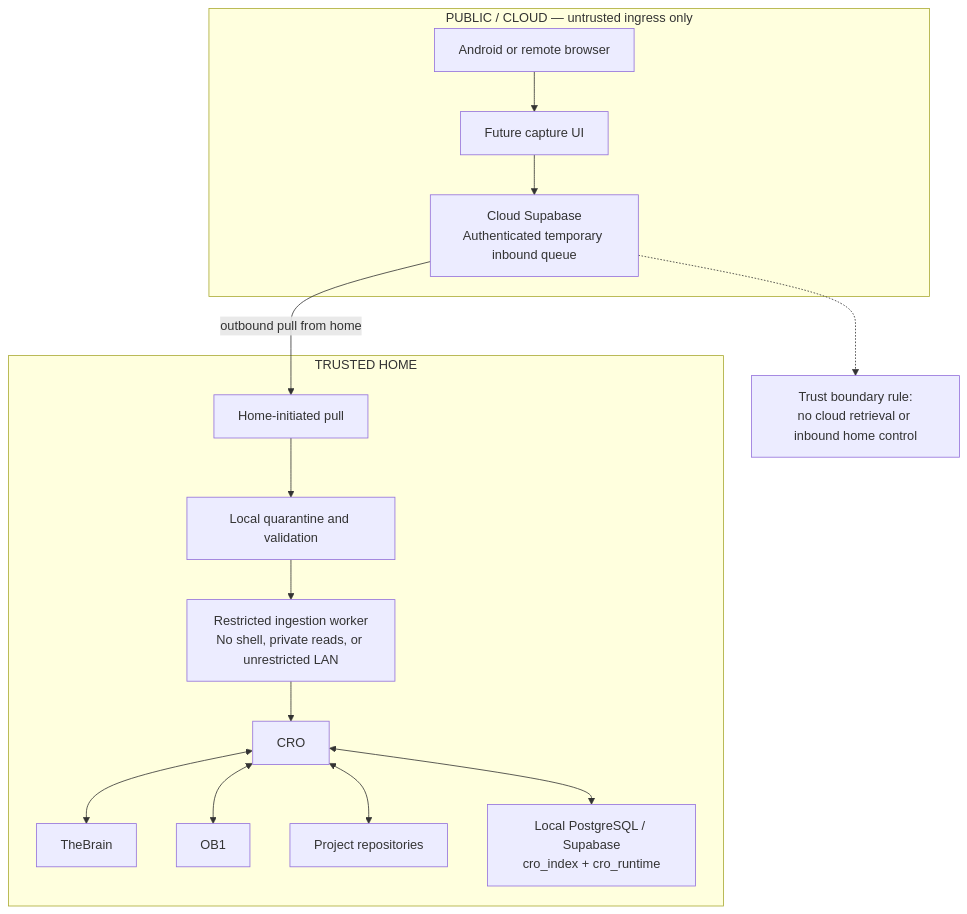
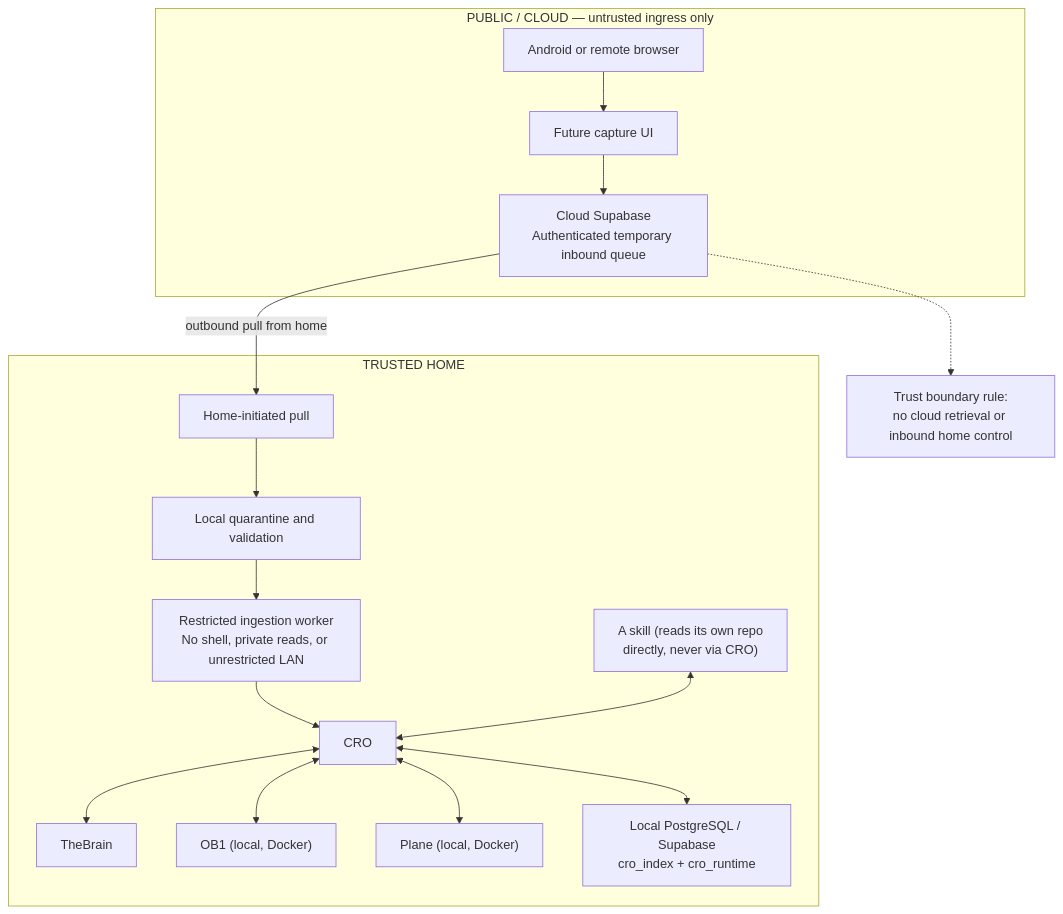
Before and after one commit to KeithBarrows/Cognitive-Research-Orchestrator: the diagram in docs/architecture/06-local-first-boundary.mmd, drawn with Mermaid. The commit also changed 20 other files, not shown here.

First line of the commit message:
📐 Enforce no-direct-repo-read rule across architecture docs; add dev overview

```diff
--- a/docs/architecture/06-local-first-boundary.mmd
+++ b/docs/architecture/06-local-first-boundary.mmd
@@ -1,19 +1,20 @@
 flowchart TB
     subgraph PUBLIC["PUBLIC / CLOUD — untrusted ingress only"]
         M["Android or remote browser"] --> U["Future capture UI"]
         U --> Q["Cloud Supabase<br/>Authenticated temporary inbound queue"]
     end
 
     subgraph HOME["TRUSTED HOME"]
         P["Home-initiated pull"] --> Z["Local quarantine and validation"]
         Z --> W["Restricted ingestion worker<br/>No shell, private reads, or unrestricted LAN"]
         W --> C["CRO"]
         C <--> T["TheBrain"]
-        C <--> O["OB1"]
-        C <--> R["Project repositories"]
+        C <--> O["OB1 (local, Docker)"]
+        C <--> PL["Plane (local, Docker)"]
         C <--> D["Local PostgreSQL / Supabase<br/>cro_index + cro_runtime"]
+        SK["A skill (reads its own repo<br/>directly, never via CRO)"] <--> C
     end
 
     Q -->|"outbound pull from home"| P
     B["Trust boundary rule:<br/>no cloud retrieval or inbound home control"]
     Q -.-> B
```
